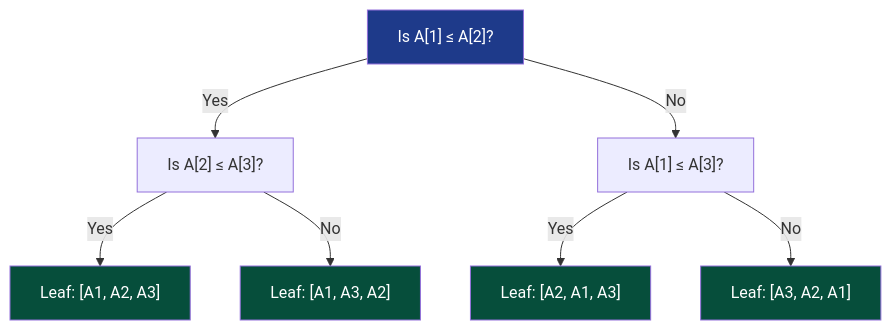
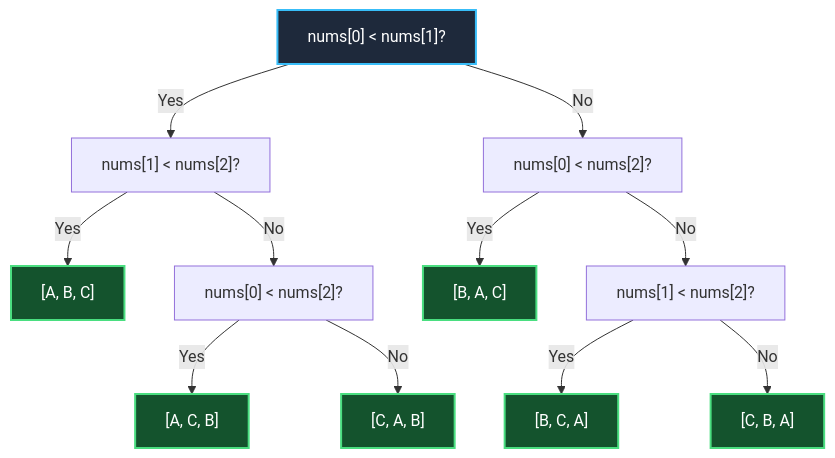
One commit to vadde/DSA changed the first of 2 diagrams in 00 - Fundamentals/000 - Theoretical Foundations (The Complete Guide)/05_lower_bounds_and_impossibility.md. Above: the diagram before and after it, drawn with Mermaid. The commit also changed other lines of this file and 14 other files, not shown here.

````diff
--- a/00 - Fundamentals/000 - Theoretical Foundations (The Complete Guide)/05_lower_bounds_and_impossibility.md
+++ b/00 - Fundamentals/000 - Theoretical Foundations (The Complete Guide)/05_lower_bounds_and_impossibility.md
@@ -87,23 +36,24 @@
 ```mermaid
 flowchart TD
-    N1["Is A[1] ≤ A[2]?"]
-    N2["Is A[2] ≤ A[3]?"]
-    N3["Is A[1] ≤ A[3]?"]
-    L1["Leaf: [A1, A2, A3]"]
-    L2["Leaf: [A1, A3, A2]"]
-    L3["Leaf: [A2, A1, A3]"]
-    L4["Leaf: [A3, A2, A1]"]
+    Q1["nums[0] < nums[1]?"]
+    Q1 -- Yes --> Q2["nums[1] < nums[2]?"]
+    Q1 -- No --> Q3["nums[0] < nums[2]?"]
 
-    N1 -- Yes --> N2
-    N1 -- No --> N3
-    N2 -- Yes --> L1
-    N2 -- No --> L2
-    N3 -- Yes --> L3
-    N3 -- No --> L4
+    Q2 -- Yes --> L1["[A, B, C]"]
+    Q2 -- No --> Q4["nums[0] < nums[2]?"]
+    Q4 -- Yes --> L2["[A, C, B]"]
+    Q4 -- No --> L3["[C, A, B]"]
 
-    style N1 fill:#1e3a8a,color:#ffffff
-    style L1 fill:#064e3b,color:#ffffff
-    style L2 fill:#064e3b,color:#ffffff
-    style L3 fill:#064e3b,color:#ffffff
-    style L4 fill:#064e3b,color:#ffffff
+    Q3 -- Yes --> L4["[B, A, C]"]
+    Q3 -- No --> Q5["nums[1] < nums[2]?"]
+    Q5 -- Yes --> L5["[B, C, A]"]
+    Q5 -- No --> L6["[C, B, A]"]
+
+    style Q1 fill:#1e293b,stroke:#38bdf8,stroke-width:2px,color:#fff
+    style L1 fill:#14532d,stroke:#4ade80,stroke-width:2px,color:#fff
+    style L2 fill:#14532d,stroke:#4ade80,stroke-width:2px,color:#fff
+    style L3 fill:#14532d,stroke:#4ade80,stroke-width:2px,color:#fff
+    style L4 fill:#14532d,stroke:#4ade80,stroke-width:2px,color:#fff
+    style L5 fill:#14532d,stroke:#4ade80,stroke-width:2px,color:#fff
+    style L6 fill:#14532d,stroke:#4ade80,stroke-width:2px,color:#fff
 ```
````
